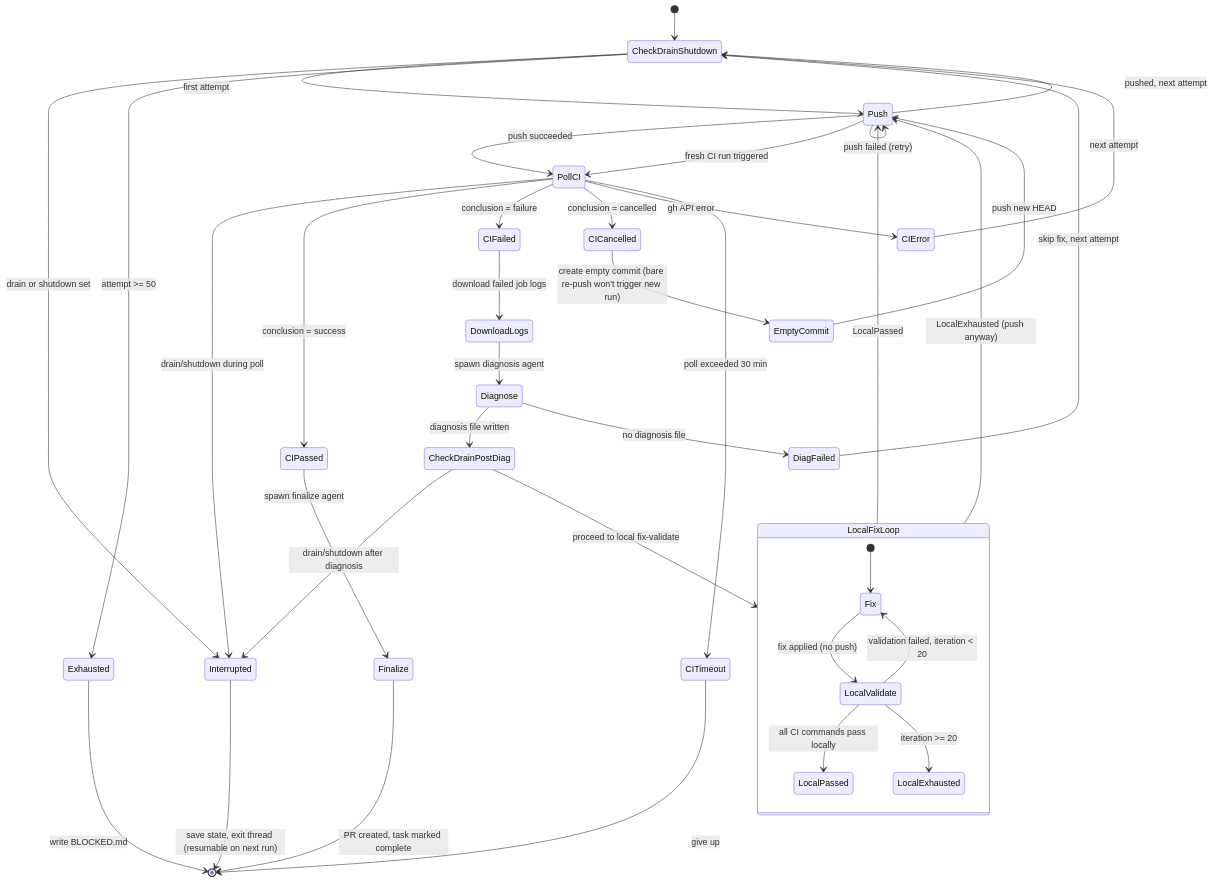
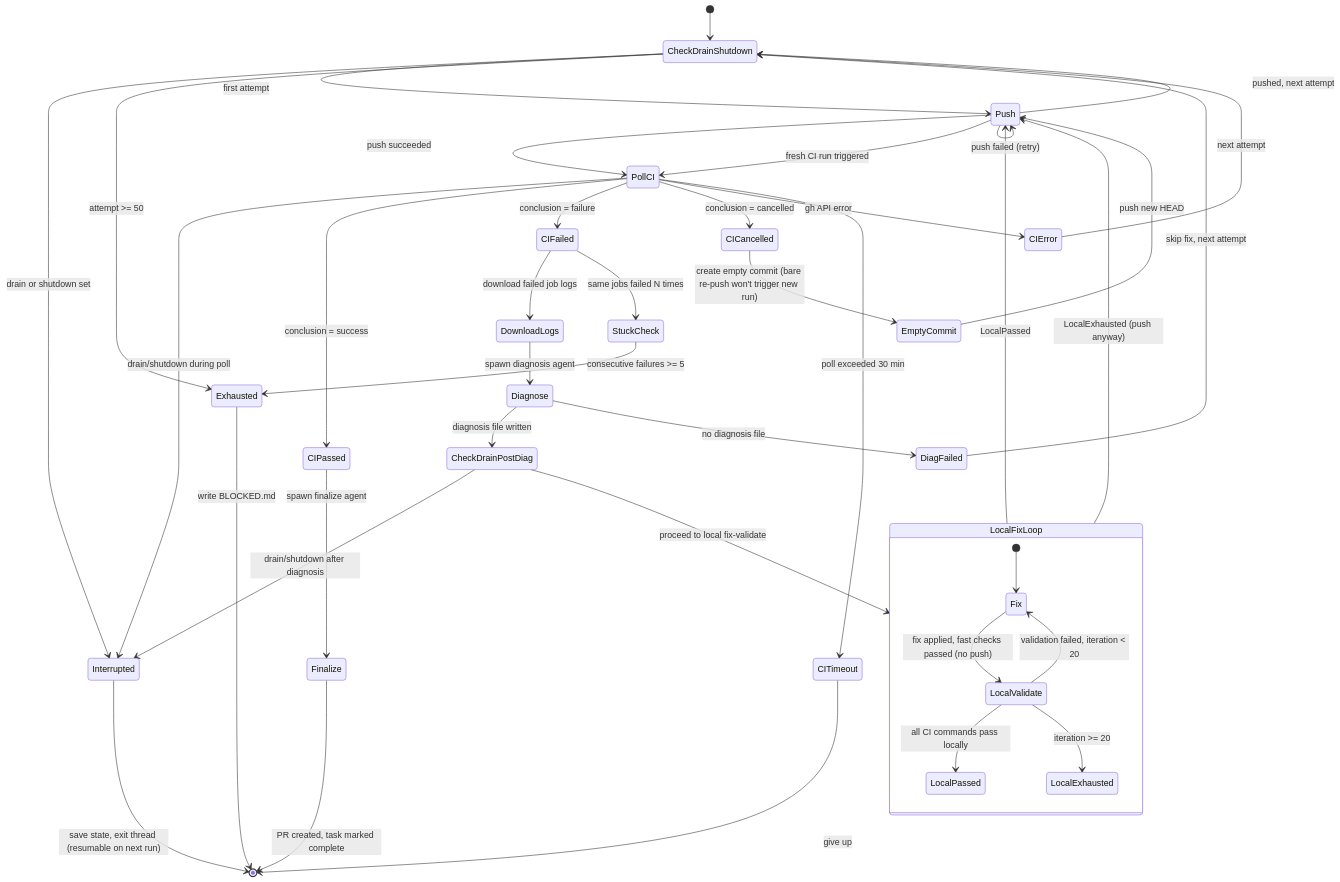
One commit to mmmaxwwwell/agent-framework changed the fourth of 5 diagrams in .claude/skills/spec-kit/parallel-runner-state-machine.md. Above: the diagram before and after it, drawn with Mermaid. The commit also changed other lines of this file, not shown here.

First line of the commit message:
docs: update state machine for fix/validate agent split and early exit

````diff
--- a/.claude/skills/spec-kit/parallel-runner-state-machine.md
+++ b/.claude/skills/spec-kit/parallel-runner-state-machine.md
@@ -386,54 +386,56 @@
 ```mermaid
 stateDiagram-v2
     [*] --> CheckDrainShutdown
 
     CheckDrainShutdown --> Interrupted : drain or shutdown set
     CheckDrainShutdown --> Push : first attempt
 
     Push --> PollCI : push succeeded
     Push --> Push : push failed (retry)
 
     PollCI --> Interrupted : drain/shutdown during poll
     PollCI --> CIPassed : conclusion = success
     PollCI --> CIFailed : conclusion = failure
     PollCI --> CICancelled : conclusion = cancelled
     PollCI --> CIError : gh API error
     PollCI --> CITimeout : poll exceeded 30 min
 
     CIPassed --> Finalize : spawn finalize agent
     Finalize --> [*] : PR created, task marked complete
 
     CICancelled --> EmptyCommit : create empty commit (bare re-push won't trigger new run)
     EmptyCommit --> Push : push new HEAD
     Push --> PollCI : fresh CI run triggered
 
     CIFailed --> DownloadLogs : download failed job logs
     DownloadLogs --> Diagnose : spawn diagnosis agent
 
     Diagnose --> CheckDrainPostDiag : diagnosis file written
     Diagnose --> DiagFailed : no diagnosis file
     DiagFailed --> CheckDrainShutdown : skip fix, next attempt
 
     CheckDrainPostDiag --> Interrupted : drain/shutdown after diagnosis
     CheckDrainPostDiag --> LocalFixLoop : proceed to local fix-validate
 
     state LocalFixLoop {
         [*] --> Fix
-        Fix --> LocalValidate : fix applied (no push)
+        Fix --> LocalValidate : fix applied, fast checks passed (no push)
         LocalValidate --> LocalPassed : all CI commands pass locally
         LocalValidate --> Fix : validation failed, iteration < 20
         LocalValidate --> LocalExhausted : iteration >= 20
     }
 
     LocalFixLoop --> Push : LocalPassed
     LocalFixLoop --> Push : LocalExhausted (push anyway)
+    CIFailed --> StuckCheck : same jobs failed N times
+    StuckCheck --> Exhausted : consecutive failures >= 5
     Push --> CheckDrainShutdown : pushed, next attempt
 
     CIError --> CheckDrainShutdown : next attempt
     CITimeout --> [*] : give up
 
     CheckDrainShutdown --> Exhausted : attempt >= 50
     Exhausted --> [*] : write BLOCKED.md
 
     Interrupted --> [*] : save state, exit thread (resumable on next run)
 ```
````
